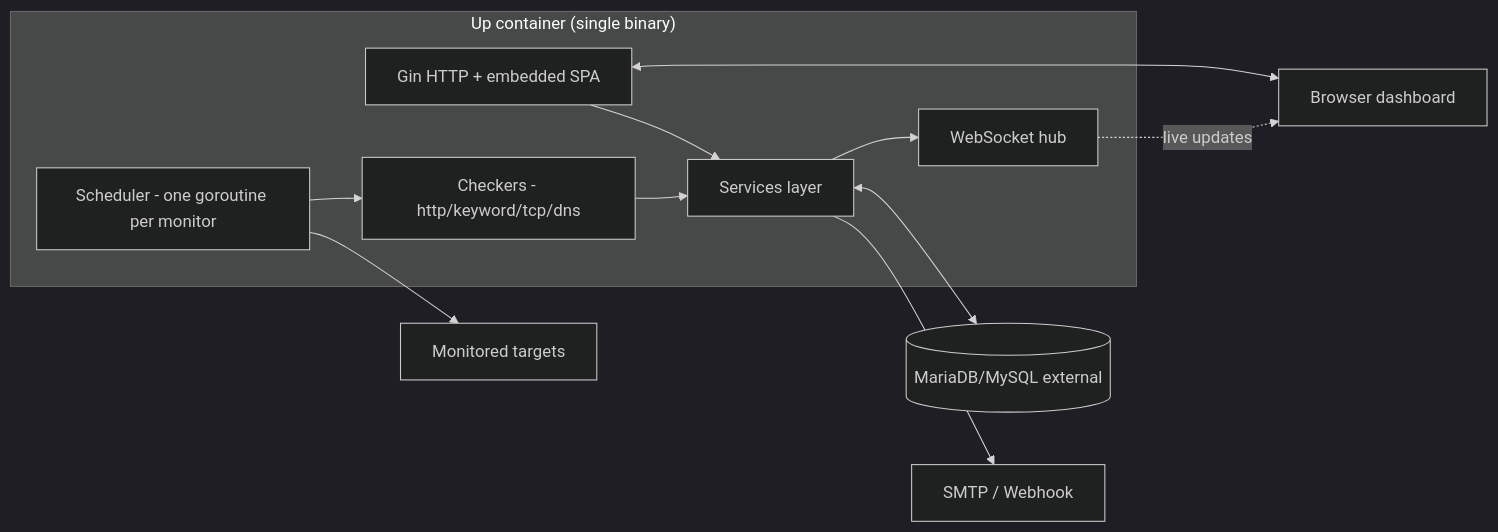
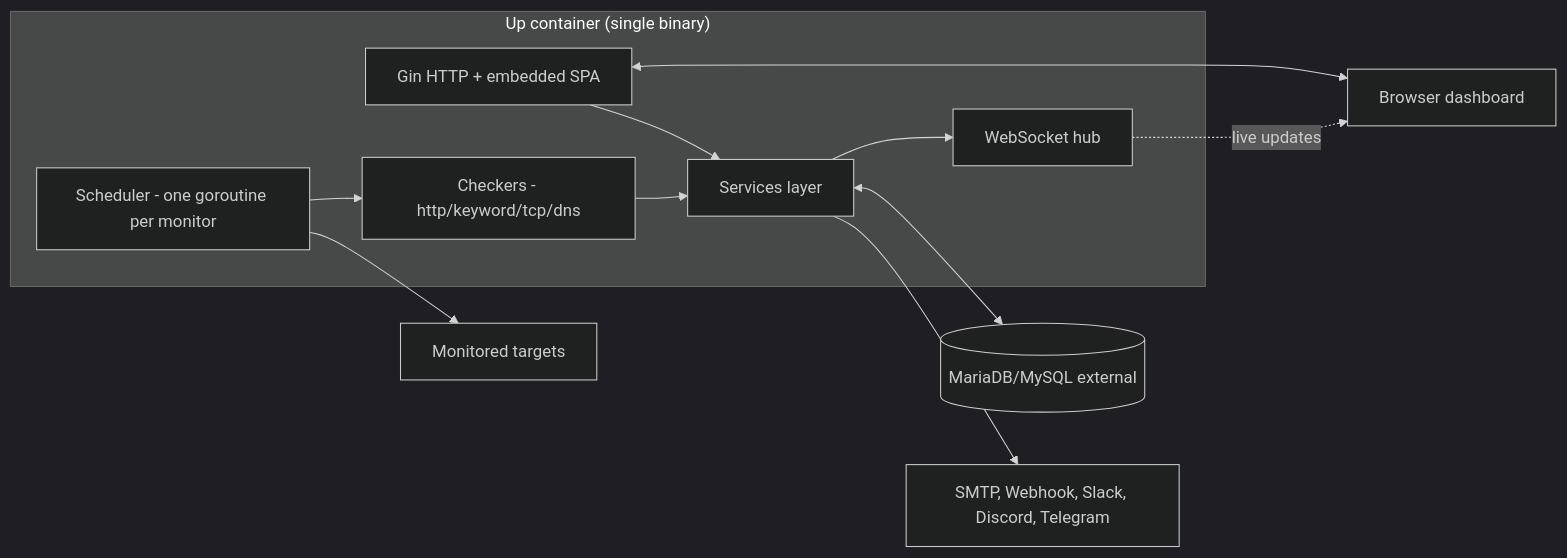
The second of 3 diagrams in docs/architecture.md (ivancarlosti/up), drawn with Mermaid (dark theme) before and after one commit. The commit also changed other lines of this file and 26 other files, not shown here.

````diff
--- a/docs/architecture.md
+++ b/docs/architecture.md
@@ -95,19 +95,19 @@
 ```mermaid
 flowchart LR
   subgraph Container["Up container (single binary)"]
     SCH[Scheduler - one goroutine per monitor]
     CHK[Checkers - http/keyword/tcp/dns]
     SVC[Services layer]
     API[Gin HTTP + embedded SPA]
     WSH[WebSocket hub]
     SCH --> CHK --> SVC
     API --> SVC
     SVC --> WSH
   end
   DB[(MariaDB/MySQL external)]
   SVC <--> DB
   WSH -. live updates .-> BROWSER[Browser dashboard]
   API <--> BROWSER
   SCH --> EXT[Monitored targets]
-  SVC --> NOTIF[SMTP / Webhook]
+  SVC --> NOTIF[SMTP, Webhook, Slack, Discord, Telegram]
 ```
````
